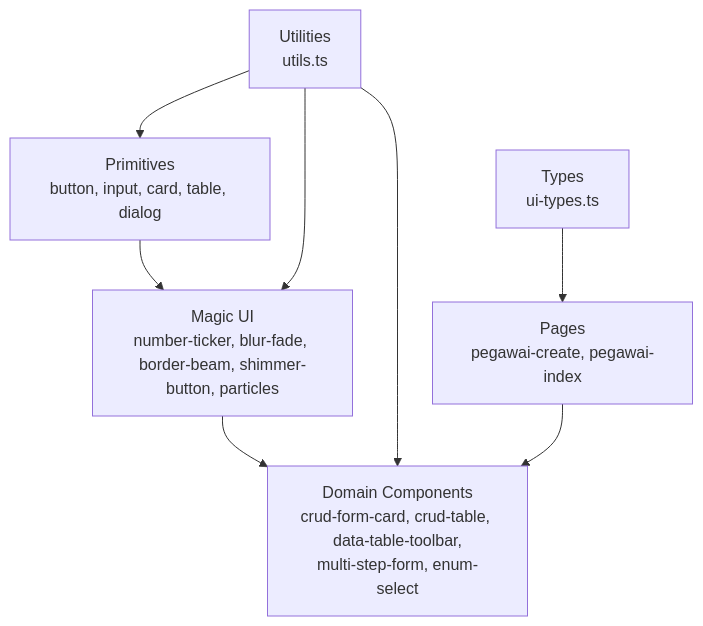
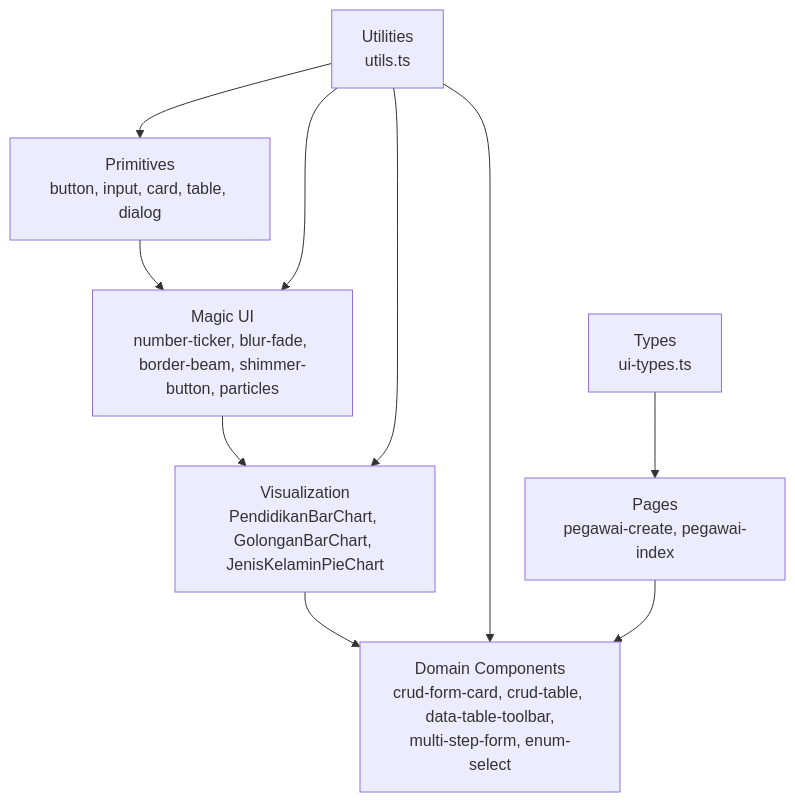
One commit to PA-Penajam/kepegawaian_apps changed the second of 23 diagrams in .qoder/repowiki/en/content/Frontend Architecture/React Component System/React Component System.md. Above: the diagram before and after it, drawn with Mermaid. The commit also changed other lines of this file and 5 other files, not shown here.

````diff
--- a/.qoder/repowiki/en/content/Frontend Architecture/React Component System/React Component System.md
+++ b/.qoder/repowiki/en/content/Frontend Architecture/React Component System/React Component System.md
@@ -255,16 +309,19 @@
 ```mermaid
 graph TB
 PRIM["Primitives<br/>button, input, card, table, dialog"]
 MAGIC["Magic UI<br/>number-ticker, blur-fade, border-beam, shimmer-button, particles"]
+VISUAL["Visualization<br/>PendidikanBarChart, GolonganBarChart, JenisKelaminPieChart"]
 DOMAIN["Domain Components<br/>crud-form-card, crud-table, data-table-toolbar,<br/>multi-step-form, enum-select"]
 PAGE["Pages<br/>pegawai-create, pegawai-index"]
 UTIL["Utilities<br/>utils.ts"]
 TYPES["Types<br/>ui-types.ts"]
 PRIM --> MAGIC
-MAGIC --> DOMAIN
+MAGIC --> VISUAL
+VISUAL --> DOMAIN
 UTIL --> PRIM
 UTIL --> MAGIC
+UTIL --> VISUAL
 UTIL --> DOMAIN
 TYPES --> PAGE
 PAGE --> DOMAIN
 ```
````
